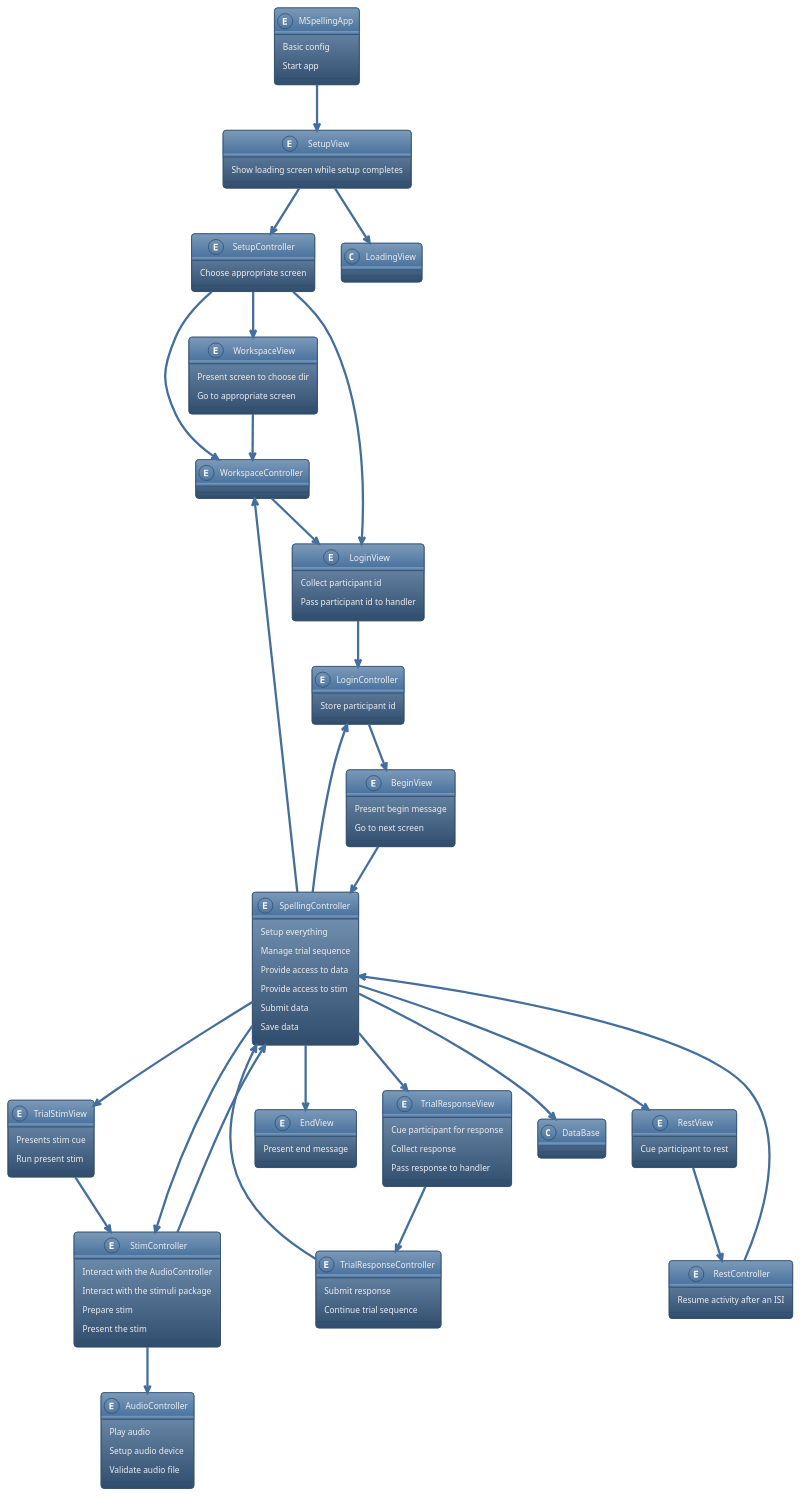
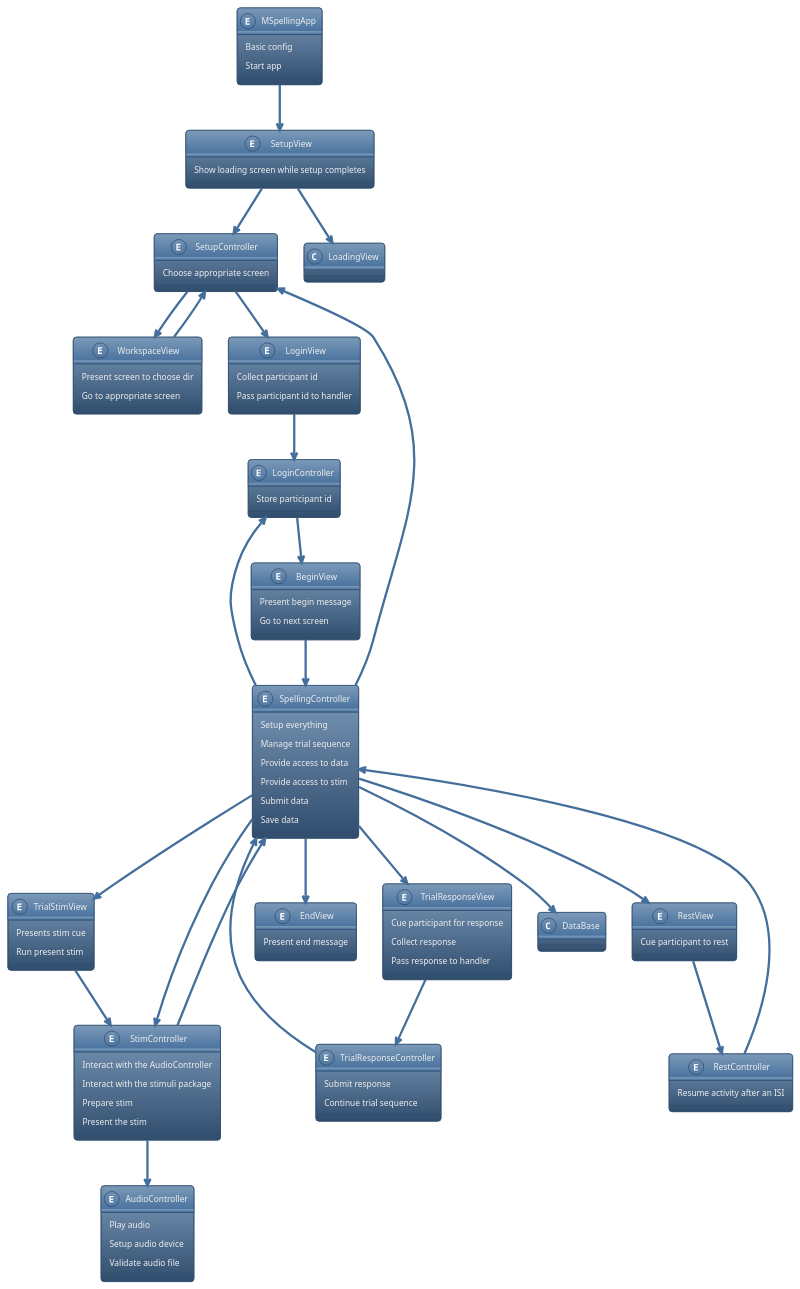
One commit to mario-bermonti/mspelling changed the diagram in docs/design/design.plantuml. Above: the diagram before and after it, drawn with PlantUML.

Commit message:
Update design

```diff
--- a/docs/design/design.plantuml
+++ b/docs/design/design.plantuml
@@ -1,115 +1,110 @@
 @startuml Entities and Responsibilities
 !theme spacelab
 
 entity MSpellingApp {
     Basic config
     Start app
 }
 
 entity SetupController {
     Choose appropriate screen
 }
 
 entity SetupView {
     Show loading screen while setup completes
 }
 
 entity WorkspaceView {
     Present screen to choose dir 
     Go to appropriate screen
-}
-
-entity WorkspaceController {
 }
 
 entity LoginView {
     Collect participant id
     Pass participant id to handler
 }
 
 entity LoginController {
     Store participant id
 }
 
 entity BeginView {
     Present begin message
     Go to next screen
 }
 
 entity SpellingController {
     Setup everything
     Manage trial sequence 
     Provide access to data
     Provide access to stim
     Submit data
     Save data
 }
 
 entity TrialStimView {
     Presents stim cue
     Run present stim
 }
 
 entity TrialResponseView {
     Cue participant for response 
     Collect response
     Pass response to handler
 }
 
 entity TrialResponseController {
     Submit response
     Continue trial sequence
 }
 
 entity RestView {
     Cue participant to rest 
 }
 
 entity RestController {
     Resume activity after an ISI
 }
 
 entity EndView {
     Present end message
 }
 
 entity StimController {   
     Interact with the AudioController 
     Interact with the stimuli package
     Prepare stim 
     Present the stim
 }
 
 entity AudioController {
     Play audio
     Setup audio device
     Validate audio file
 }
 
 MSpellingApp --> SetupView
 SetupView --> SetupController
 SetupView --> LoadingView
-SetupController --> WorkspaceController
 SetupController --> WorkspaceView
 SetupController --> LoginView
-WorkspaceView --> WorkspaceController
-WorkspaceController --> LoginView
+WorkspaceView --> SetupController
 LoginView --> LoginController
 LoginController --> BeginView
 BeginView --> SpellingController
 SpellingController --> TrialStimView
 TrialStimView --> StimController
 SpellingController --> TrialResponseView
 TrialResponseView --> TrialResponseController
 TrialResponseController --> SpellingController
 SpellingController --> RestView
 RestView --> RestController
 RestController --> SpellingController
 SpellingController --> EndView
 SpellingController --> LoginController
 SpellingController --> StimController
-SpellingController --> WorkspaceController
+SpellingController --> SetupController
 SpellingController --> DataBase
 StimController --> AudioController
 StimController --> SpellingController
 @enduml
```
